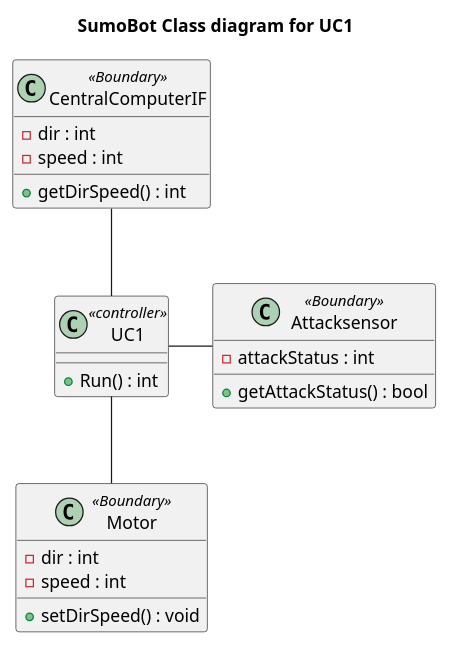
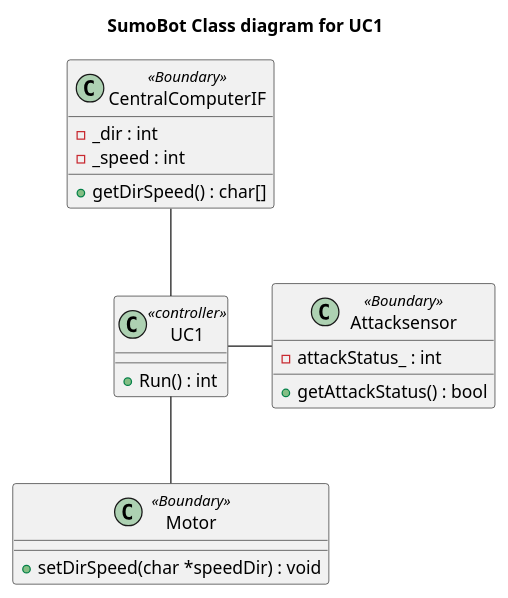
The diagram in Diagrammer/SumoBot/Classdiagram/SumoBot_ClassDiagram/SumoBot_ClassDiagram.plantuml (Solvgraa-mager/E3PRJ3), drawn with PlantUML before and after one commit. The commit also changed 1 other file, not shown here.

```diff
--- a/Diagrammer/SumoBot/Classdiagram/SumoBot_ClassDiagram/SumoBot_ClassDiagram.plantuml
+++ b/Diagrammer/SumoBot/Classdiagram/SumoBot_ClassDiagram/SumoBot_ClassDiagram.plantuml
@@ -1,29 +1,27 @@
 @startuml
 title SumoBot Class diagram for UC1
 
 
 class UC1 <<controller>>{
     +Run() : int
 }
 
 class Attacksensor<<Boundary>>{
-    -attackStatus : int
+    -attackStatus_ : int
     +getAttackStatus() : bool 
 }
 
 class Motor <<Boundary>>{
-    -dir : int
-    -speed : int
-    +setDirSpeed() : void
+    +setDirSpeed(char *speedDir) : void
 }
 class CentralComputerIF <<Boundary>>{
-    -dir : int
-    -speed : int
-    +getDirSpeed() : int
+    -_dir : int
+    -_speed : int
+    +getDirSpeed() : char[]
 }
 
 CentralComputerIF -- UC1
 UC1 -- Motor
 UC1 - Attacksensor
 
 @enduml
```
